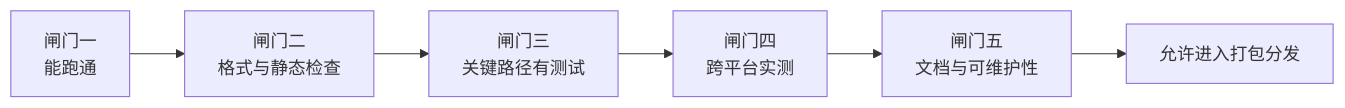
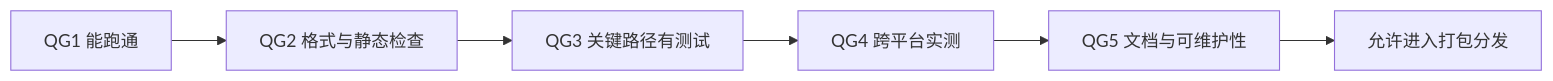
Before and after one commit to xuchaoxin1375/skills-for-developer: the diagram in skills/lightweight-app-builder/references/quality-gates.md, drawn with Mermaid. The commit also changed other lines of this file and 7 other files, not shown here.

````diff
--- a/skills/lightweight-app-builder/references/quality-gates.md
+++ b/skills/lightweight-app-builder/references/quality-gates.md
@@ -11,8 +11,8 @@
 ```mermaid
 flowchart LR
-    G1["闸门一<br>能跑通"] --> G2["闸门二<br>格式与静态检查"]
-    G2 --> G3["闸门三<br>关键路径有测试"]
-    G3 --> G4["闸门四<br>跨平台实测"]
-    G4 --> G5["闸门五<br>文档与可维护性"]
-    G5 --> R["允许进入打包分发"]
+    QG1["QG1 能跑通"] --> QG2["QG2 格式与静态检查"]
+    QG2 --> QG3["QG3 关键路径有测试"]
+    QG3 --> QG4["QG4 跨平台实测"]
+    QG4 --> QG5["QG5 文档与可维护性"]
+    QG5 --> R["允许进入打包分发"]
 ```
````
